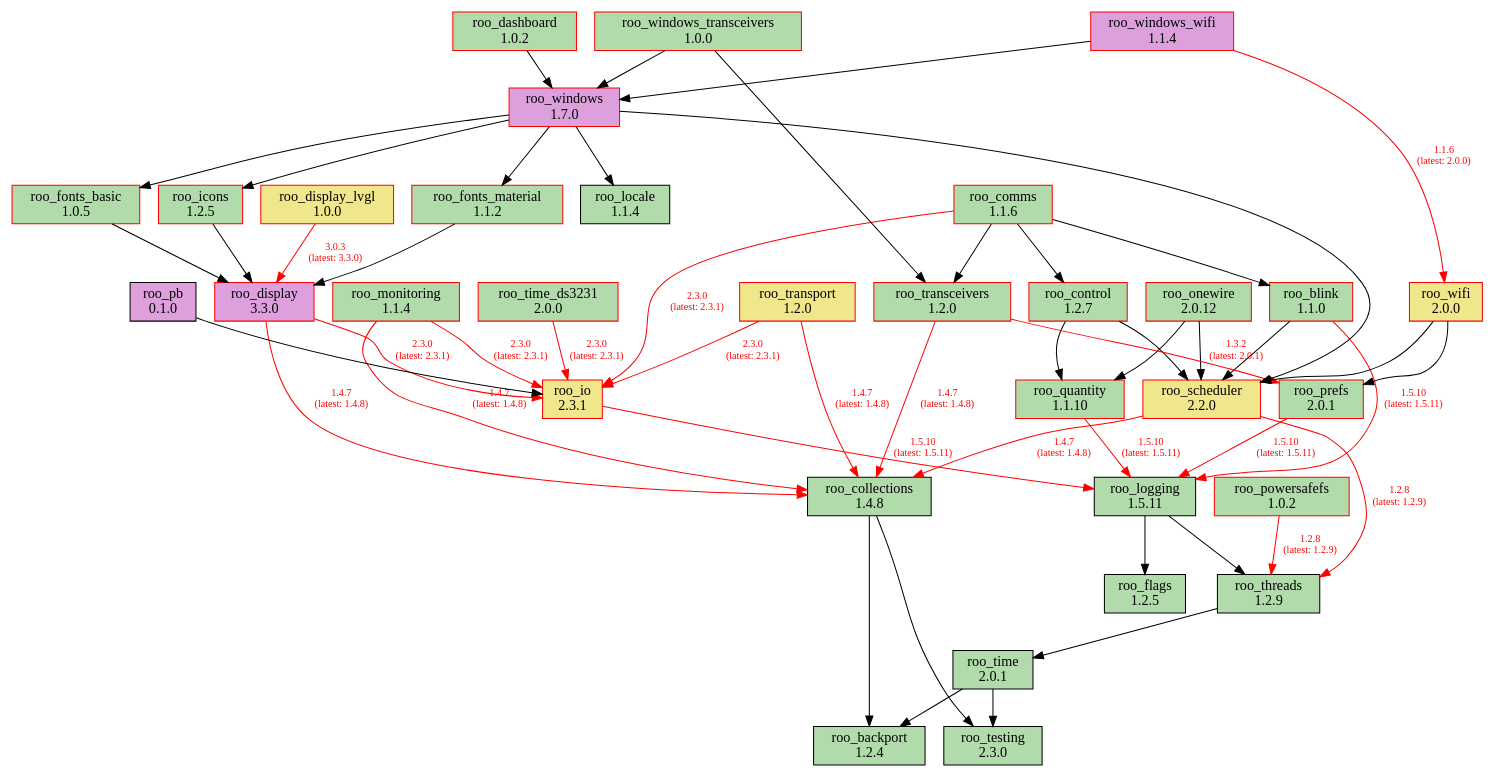
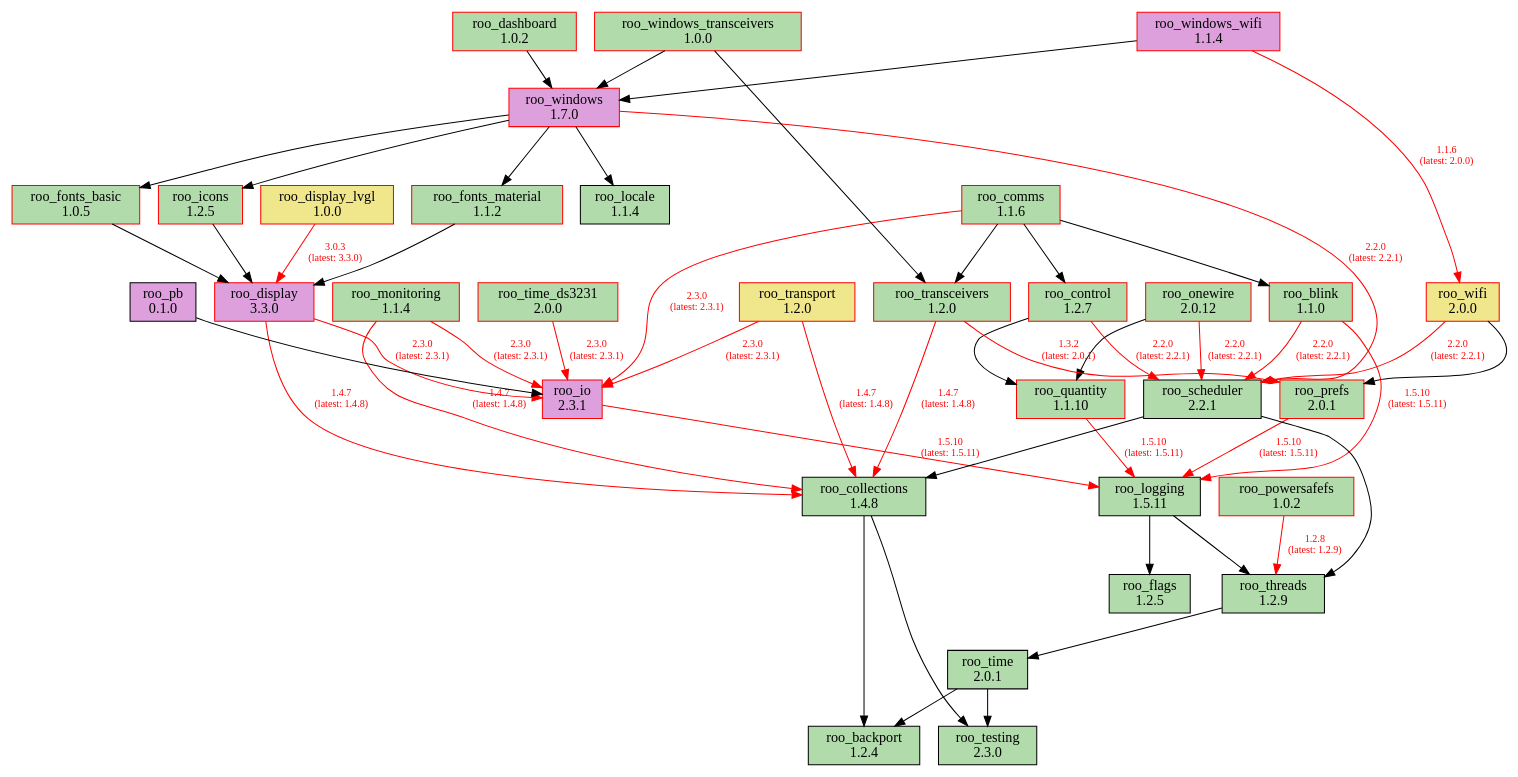
Before and after one commit to dejwk/roo-registry: the diagram in doc/dependencies.dot, drawn with Graphviz. The commit also changed 3 other files, not shown here.

Commit message:
Added roo_scheduler 2.2.1 to the registry.

```diff
--- a/doc/dependencies.dot
+++ b/doc/dependencies.dot
@@ -1,90 +1,90 @@
 digraph dependencies {
     rankdir=TB;
     node [shape=box, style=filled];
     edge [fontsize=10];
 
     // Modules
     "roo_backport" [label="roo_backport\n1.2.4", fillcolor="#b1dbab", color="black"];
     "roo_blink" [label="roo_blink\n1.1.0", fillcolor="#b1dbab", color="red"];
     "roo_collections" [label="roo_collections\n1.4.8", fillcolor="#b1dbab", color="black"];
     "roo_comms" [label="roo_comms\n1.1.6", fillcolor="#b1dbab", color="red"];
     "roo_control" [label="roo_control\n1.2.7", fillcolor="#b1dbab", color="red"];
     "roo_dashboard" [label="roo_dashboard\n1.0.2", fillcolor="#b1dbab", color="red"];
     "roo_display" [label="roo_display\n3.3.0", fillcolor="plum", color="red"];
     "roo_display_lvgl" [label="roo_display_lvgl\n1.0.0", fillcolor="khaki", color="red"];
     "roo_flags" [label="roo_flags\n1.2.5", fillcolor="#b1dbab", color="black"];
     "roo_fonts_basic" [label="roo_fonts_basic\n1.0.5", fillcolor="#b1dbab", color="red"];
     "roo_fonts_material" [label="roo_fonts_material\n1.1.2", fillcolor="#b1dbab", color="red"];
     "roo_icons" [label="roo_icons\n1.2.5", fillcolor="#b1dbab", color="red"];
-    "roo_io" [label="roo_io\n2.3.1", fillcolor="khaki", color="red"];
+    "roo_io" [label="roo_io\n2.3.1", fillcolor="plum", color="red"];
     "roo_locale" [label="roo_locale\n1.1.4", fillcolor="#b1dbab", color="black"];
     "roo_logging" [label="roo_logging\n1.5.11", fillcolor="#b1dbab", color="black"];
     "roo_monitoring" [label="roo_monitoring\n1.1.4", fillcolor="#b1dbab", color="red"];
     "roo_onewire" [label="roo_onewire\n2.0.12", fillcolor="#b1dbab", color="red"];
     "roo_pb" [label="roo_pb\n0.1.0", fillcolor="plum", color="black"];
     "roo_powersafefs" [label="roo_powersafefs\n1.0.2", fillcolor="#b1dbab", color="red"];
     "roo_prefs" [label="roo_prefs\n2.0.1", fillcolor="#b1dbab", color="red"];
     "roo_quantity" [label="roo_quantity\n1.1.10", fillcolor="#b1dbab", color="red"];
-    "roo_scheduler" [label="roo_scheduler\n2.2.0", fillcolor="khaki", color="red"];
+    "roo_scheduler" [label="roo_scheduler\n2.2.1", fillcolor="#b1dbab", color="black"];
     "roo_testing" [label="roo_testing\n2.3.0", fillcolor="#b1dbab", color="black"];
     "roo_threads" [label="roo_threads\n1.2.9", fillcolor="#b1dbab", color="black"];
     "roo_time" [label="roo_time\n2.0.1", fillcolor="#b1dbab", color="black"];
     "roo_time_ds3231" [label="roo_time_ds3231\n2.0.0", fillcolor="#b1dbab", color="red"];
     "roo_transceivers" [label="roo_transceivers\n1.2.0", fillcolor="#b1dbab", color="red"];
     "roo_transport" [label="roo_transport\n1.2.0", fillcolor="khaki", color="red"];
     "roo_wifi" [label="roo_wifi\n2.0.0", fillcolor="khaki", color="red"];
     "roo_windows" [label="roo_windows\n1.7.0", fillcolor="plum", color="red"];
     "roo_windows_transceivers" [label="roo_windows_transceivers\n1.0.0", fillcolor="#b1dbab", color="red"];
     "roo_windows_wifi" [label="roo_windows_wifi\n1.1.4", fillcolor="plum", color="red"];
 
     // Dependencies
     "roo_blink" -> "roo_logging" [color=red, fontcolor=red, label="1.5.10\n(latest: 1.5.11)"];
-    "roo_blink" -> "roo_scheduler";
+    "roo_blink" -> "roo_scheduler" [color=red, fontcolor=red, label="2.2.0\n(latest: 2.2.1)"];
     "roo_collections" -> "roo_testing";
     "roo_collections" -> "roo_backport";
     "roo_comms" -> "roo_blink";
     "roo_comms" -> "roo_control";
     "roo_comms" -> "roo_io" [color=red, fontcolor=red, label="2.3.0\n(latest: 2.3.1)"];
     "roo_comms" -> "roo_transceivers";
     "roo_control" -> "roo_quantity";
-    "roo_control" -> "roo_scheduler";
+    "roo_control" -> "roo_scheduler" [color=red, fontcolor=red, label="2.2.0\n(latest: 2.2.1)"];
     "roo_dashboard" -> "roo_windows";
     "roo_display" -> "roo_collections" [color=red, fontcolor=red, label="1.4.7\n(latest: 1.4.8)"];
     "roo_display" -> "roo_io" [color=red, fontcolor=red, label="2.3.0\n(latest: 2.3.1)"];
     "roo_display_lvgl" -> "roo_display" [color=red, fontcolor=red, label="3.0.3\n(latest: 3.3.0)"];
     "roo_fonts_basic" -> "roo_display";
     "roo_fonts_material" -> "roo_display";
     "roo_icons" -> "roo_display";
     "roo_io" -> "roo_logging" [color=red, fontcolor=red, label="1.5.10\n(latest: 1.5.11)"];
     "roo_logging" -> "roo_flags";
     "roo_logging" -> "roo_threads";
     "roo_monitoring" -> "roo_collections" [color=red, fontcolor=red, label="1.4.7\n(latest: 1.4.8)"];
     "roo_monitoring" -> "roo_io" [color=red, fontcolor=red, label="2.3.0\n(latest: 2.3.1)"];
-    "roo_onewire" -> "roo_scheduler";
+    "roo_onewire" -> "roo_scheduler" [color=red, fontcolor=red, label="2.2.0\n(latest: 2.2.1)"];
     "roo_onewire" -> "roo_quantity";
     "roo_pb" -> "roo_io";
     "roo_powersafefs" -> "roo_threads" [color=red, fontcolor=red, label="1.2.8\n(latest: 1.2.9)"];
     "roo_prefs" -> "roo_logging" [color=red, fontcolor=red, label="1.5.10\n(latest: 1.5.11)"];
     "roo_quantity" -> "roo_logging" [color=red, fontcolor=red, label="1.5.10\n(latest: 1.5.11)"];
-    "roo_scheduler" -> "roo_collections" [color=red, fontcolor=red, label="1.4.7\n(latest: 1.4.8)"];
-    "roo_scheduler" -> "roo_threads" [color=red, fontcolor=red, label="1.2.8\n(latest: 1.2.9)"];
+    "roo_scheduler" -> "roo_collections";
+    "roo_scheduler" -> "roo_threads";
     "roo_threads" -> "roo_time";
     "roo_time" -> "roo_testing";
     "roo_time" -> "roo_backport";
     "roo_time_ds3231" -> "roo_io" [color=red, fontcolor=red, label="2.3.0\n(latest: 2.3.1)"];
     "roo_transceivers" -> "roo_collections" [color=red, fontcolor=red, label="1.4.7\n(latest: 1.4.8)"];
     "roo_transceivers" -> "roo_prefs" [color=red, fontcolor=red, label="1.3.2\n(latest: 2.0.1)"];
     "roo_transport" -> "roo_collections" [color=red, fontcolor=red, label="1.4.7\n(latest: 1.4.8)"];
     "roo_transport" -> "roo_io" [color=red, fontcolor=red, label="2.3.0\n(latest: 2.3.1)"];
     "roo_wifi" -> "roo_prefs";
-    "roo_wifi" -> "roo_scheduler";
+    "roo_wifi" -> "roo_scheduler" [color=red, fontcolor=red, label="2.2.0\n(latest: 2.2.1)"];
     "roo_windows" -> "roo_fonts_basic";
     "roo_windows" -> "roo_fonts_material";
     "roo_windows" -> "roo_locale";
     "roo_windows" -> "roo_icons";
-    "roo_windows" -> "roo_scheduler";
+    "roo_windows" -> "roo_scheduler" [color=red, fontcolor=red, label="2.2.0\n(latest: 2.2.1)"];
     "roo_windows_transceivers" -> "roo_transceivers";
     "roo_windows_transceivers" -> "roo_windows";
     "roo_windows_wifi" -> "roo_wifi" [color=red, fontcolor=red, label="1.1.6\n(latest: 2.0.0)"];
     "roo_windows_wifi" -> "roo_windows";
 }
```
